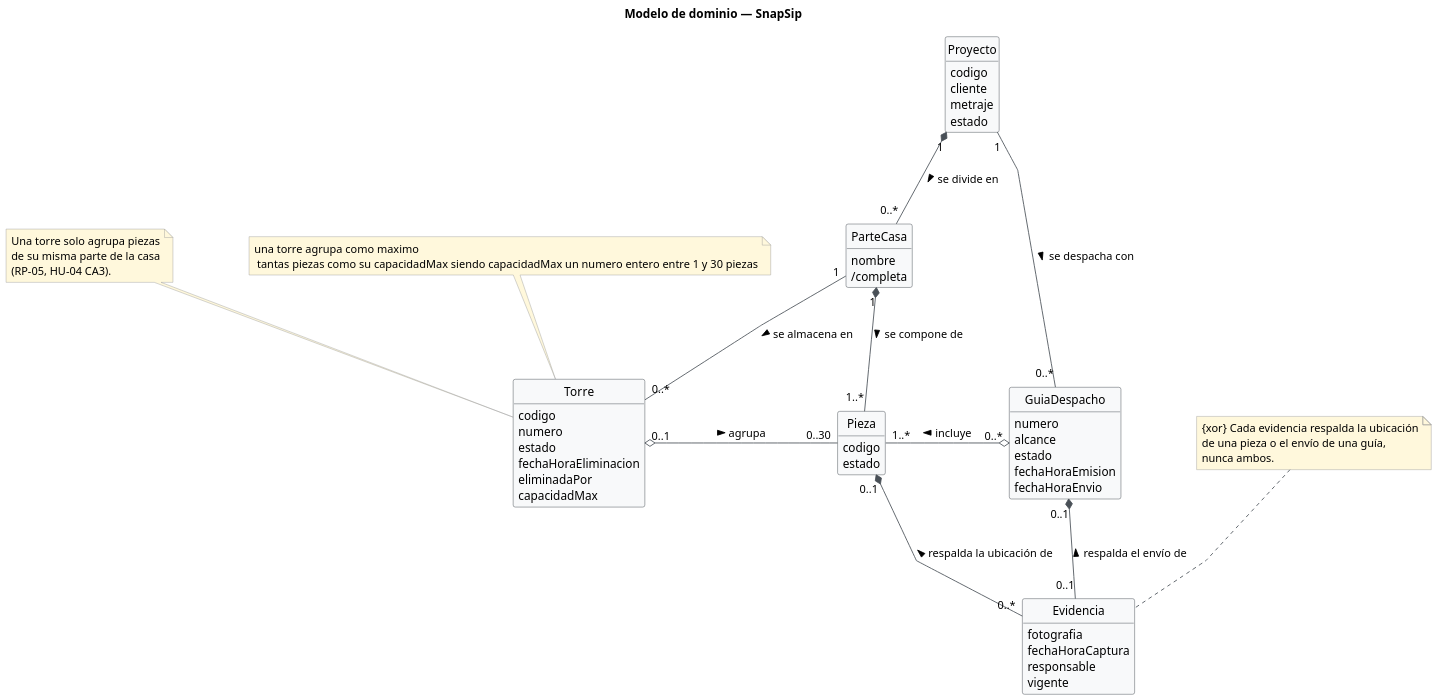
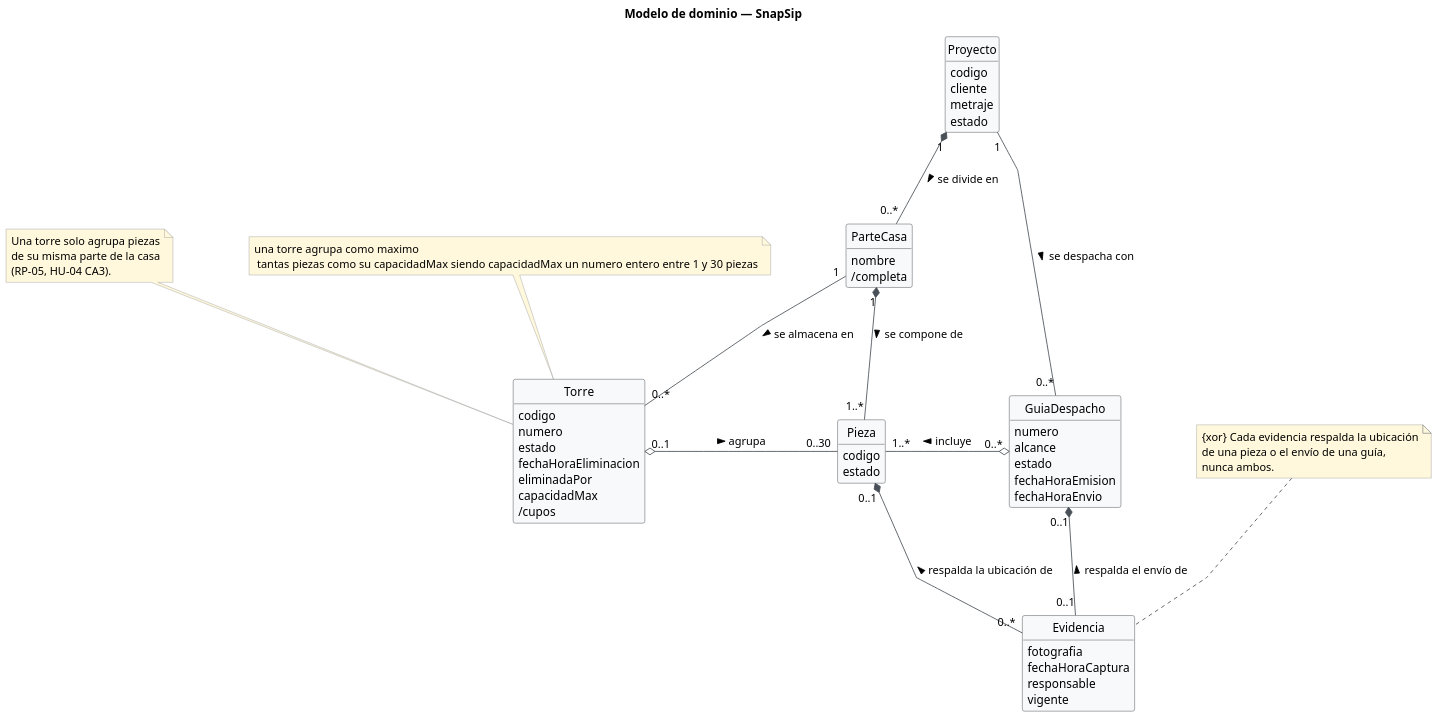
One commit to Foyzen-Kaze/snapsip changed the diagram in diagramas/modelo-de-dominio.puml. Above: the diagram before and after it, drawn with PlantUML.

```diff
--- a/diagramas/modelo-de-dominio.puml
+++ b/diagramas/modelo-de-dominio.puml
@@ -1,89 +1,90 @@
 @startuml modelo-dominio
 hide methods
 hide circle
 hide empty members
 skinparam classAttributeIconSize 0
 skinparam dpi 150
 skinparam linetype polyline
 skinparam nodesep 90
 skinparam ranksep 90
 skinparam shadowing false
 
 skinparam class {
     BackgroundColor #F8F9FA
     BorderColor #343A40
     ArrowColor #495057
 }
 skinparam note {
     BackgroundColor #FFF8DC
     BorderColor #999999
 }
 
 title Modelo de dominio — SnapSip
 
 class Proyecto {
   codigo
   cliente
   metraje
   estado
 }
 
 class ParteCasa {
   nombre
   /completa
 }
 
 class Pieza {
   codigo
   estado
 }
 
 class Torre {
   codigo
   numero
   estado
   fechaHoraEliminacion
   eliminadaPor
   capacidadMax
+    /cupos
 }
 
 class GuiaDespacho {
   numero
   alcance
   estado
   fechaHoraEmision
   fechaHoraEnvio
 }
 
 class Evidencia {
   fotografia
   fechaHoraCaptura
   responsable
   vigente
 }
 
 ' Composición: ciclo de vida dependiente
 Proyecto "1" *-down- "0..*" ParteCasa : se divide en >
 ParteCasa "1" *-down- "1..*" Pieza : se compone de >
 Pieza "0..1" *-down- "0..*" Evidencia : respalda la ubicación de <
 GuiaDespacho "0..1" *-down- "0..1" Evidencia : respalda el envío de <
 
 ' Agregación: agrupación física o documental temporal
 Torre "0..1" o-right- "0..30" Pieza : agrupa >
 GuiaDespacho "0..*" o-left- "1..*" Pieza : incluye >
 
 ' Asociaciones simples
 ParteCasa "1" -down- "0..*" Torre : se almacena en >
 Proyecto "1" -right- "0..*" GuiaDespacho : se despacha con >
 
 ' Restricciones que la multiplicidad no expresa
 note "Una torre solo agrupa piezas\nde su misma parte de la casa\n(RP-05, HU-04 CA3)." as N1
 N1 .. Torre
 
 note "{xor} Cada evidencia respalda la ubicación\nde una pieza o el envío de una guía,\nnunca ambos." as N2
 N2 .. Evidencia
 
 note "una torre agrupa como maximo \n tantas piezas como su capacidadMax siendo capacidadMax un numero entero entre 1 y 30 piezas" as N3
 N3 .. Torre
 
 @enduml
```
